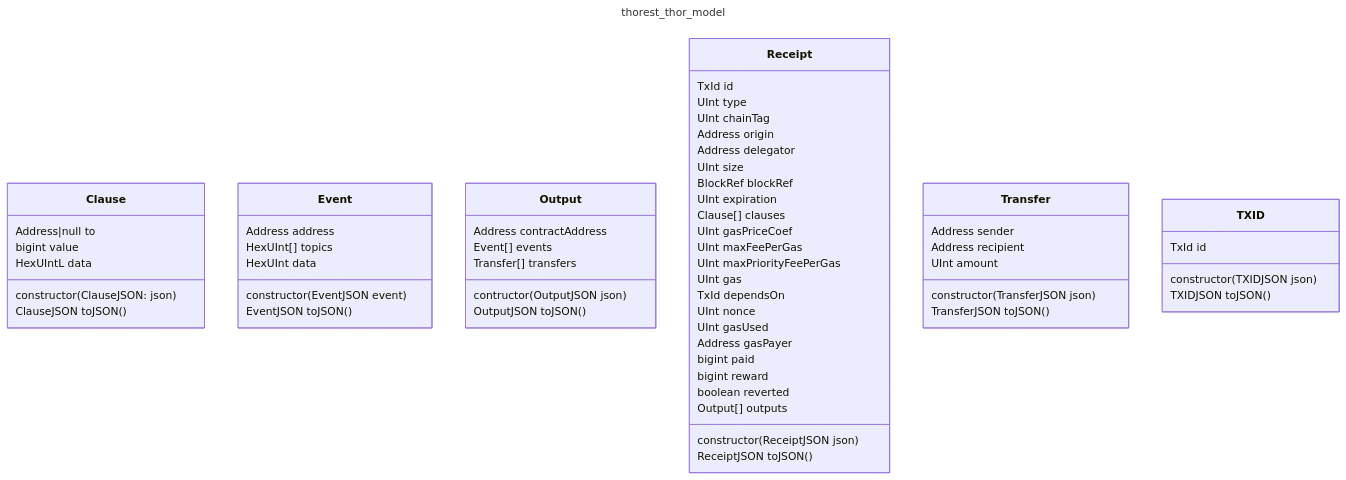
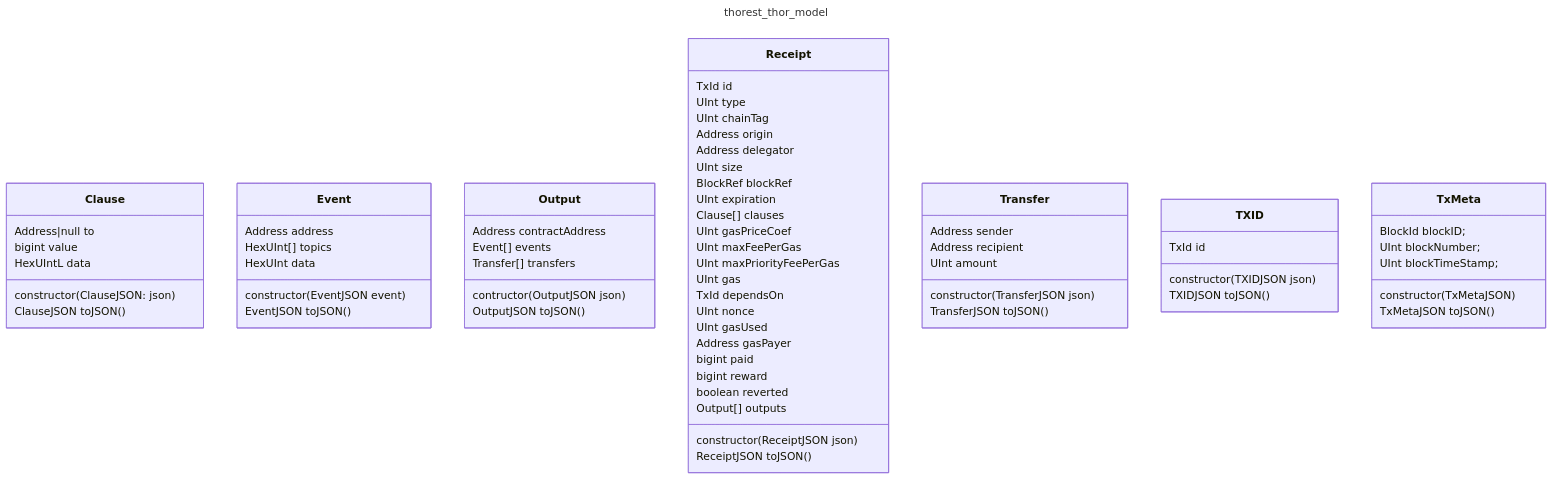
Before and after one commit to vechain/vechain-sdk-js: the diagram in docs/thorest/thor/model/model.mmd, drawn with Mermaid.

Commit message:
feat: 2037 \transactions...

```diff
--- a/docs/thorest/thor/model/model.mmd
+++ b/docs/thorest/thor/model/model.mmd
@@ -1,62 +1,69 @@
 ---
 title: thorest_thor_model
 ---
 classDiagram
     class Clause {
         Address|null to
         bigint value
         HexUIntL data
         constructor(ClauseJSON: json)
         ClauseJSON toJSON()
     }
     class Event {
         Address address
         HexUInt[] topics
         HexUInt data
         constructor(EventJSON event)
         EventJSON toJSON()
     }
     class Output {
         Address contractAddress
         Event[] events
         Transfer[] transfers
         contructor(OutputJSON json)
         OutputJSON toJSON()
     }
     class Receipt {
         TxId id
         UInt type
         UInt chainTag
         Address origin
         Address delegator
         UInt size
         BlockRef blockRef
         UInt expiration
         Clause[] clauses
         UInt gasPriceCoef
         UInt maxFeePerGas
         UInt maxPriorityFeePerGas
         UInt gas
         TxId dependsOn
         UInt nonce
         UInt gasUsed
         Address gasPayer
         bigint paid
         bigint reward
         boolean reverted
         Output[] outputs
         constructor(ReceiptJSON json)
         ReceiptJSON toJSON()
     }
     class Transfer {
         Address sender
         Address recipient
         UInt amount
         constructor(TransferJSON json)
         TransferJSON toJSON()
     }
     class TXID {
         TxId id
         constructor(TXIDJSON json)
         TXIDJSON toJSON()
     }
+    class TxMeta {
+        BlockId blockID;
+        UInt blockNumber;
+        UInt blockTimeStamp;
+        constructor(TxMetaJSON)
+        TxMetaJSON toJSON()
+    }
```
